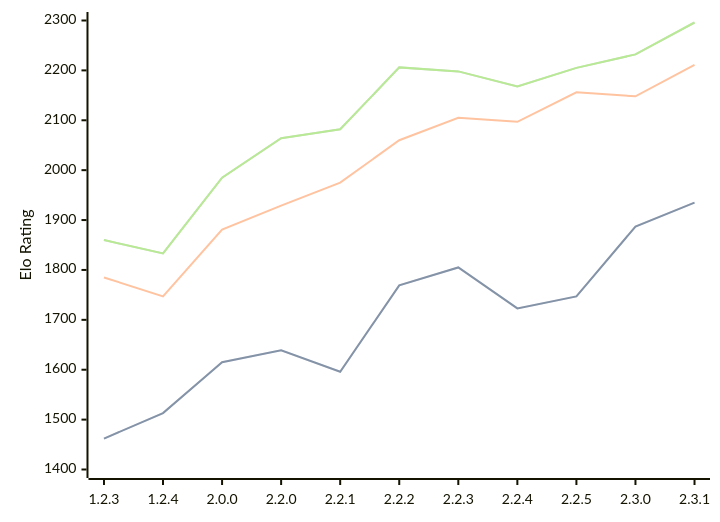
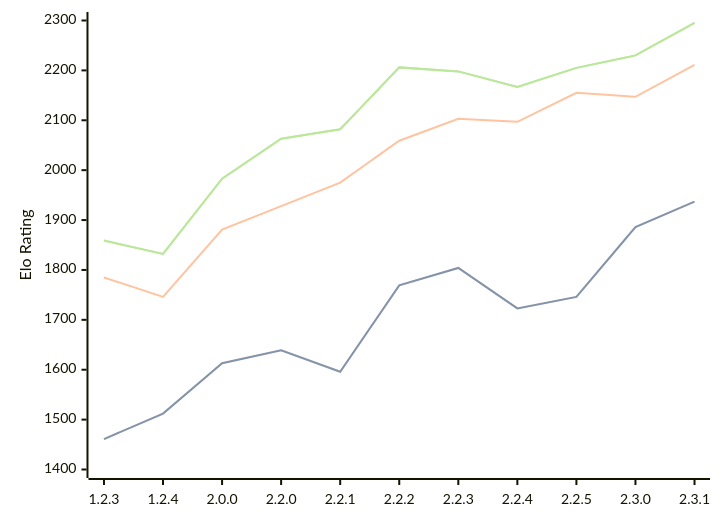
Before and after one commit to computer-chess-index/cci: the diagram in engines/Kreveta.md, drawn with Mermaid. The commit also changed other lines of this file, not shown here.

Commit message:
Update CCI Ratings (ELO VLTC) - 2026-08-04

````diff
--- a/engines/Kreveta.md
+++ b/engines/Kreveta.md
@@ -43,11 +43,11 @@
 ```mermaid
 %%{init: {"theme":"base","themeVariables":{"seriesColors:['#a3a3a3','#222221','#faa371']}}}%%
 xychart-beta
   x-axis ["1.2.3", "1.2.4", "2.0.0", "2.2.0", "2.2.1", "2.2.2", "2.2.3", "2.2.4", "2.2.5", "2.3.0", "2.3.1"]
   y-axis "Elo Rating" 1400 --> 2300
-  line "STC (8.0+0.08s)" [1462, 1513, 1615, 1639, 1596, 1769, 1805, 1723, 1747, 1887, 1935]
-  line "STC (8.0+0.08s)" [1462, 1513, 1615, 1639, 1596, 1769, 1805, 1723, 1747, 1887, 1935]
-  line "LTC (60.0+0.60s)" [1785, 1747, 1881, 1929, 1975, 2060, 2105, 2097, 2156, 2148, 2211]
-  line "VLTC (2m24s+1.12s)" [1860, 1833, 1985, 2064, 2082, 2206, 2198, 2168, 2205, 2232, 2296]
-  line "VLTC (2m24s+1.12s)" [1860, 1833, 1985, 2064, 2082, 2206, 2198, 2168, 2205, 2232, 2296]
+  line "STC (8.0+0.08s)" [1461, 1512, 1613, 1639, 1596, 1769, 1804, 1723, 1746, 1886, 1937]
+  line "STC (8.0+0.08s)" [1461, 1512, 1613, 1639, 1596, 1769, 1804, 1723, 1746, 1886, 1937]
+  line "LTC (60.0+0.60s)" [1785, 1746, 1881, 1928, 1975, 2059, 2103, 2097, 2155, 2147, 2211]
+  line "VLTC (2m24s+1.12s)" [1859, 1832, 1983, 2063, 2082, 2206, 2198, 2167, 2205, 2230, 2295]
+  line "VLTC (2m24s+1.12s)" [1859, 1832, 1983, 2063, 2082, 2206, 2198, 2167, 2205, 2230, 2295]
 ```
````
